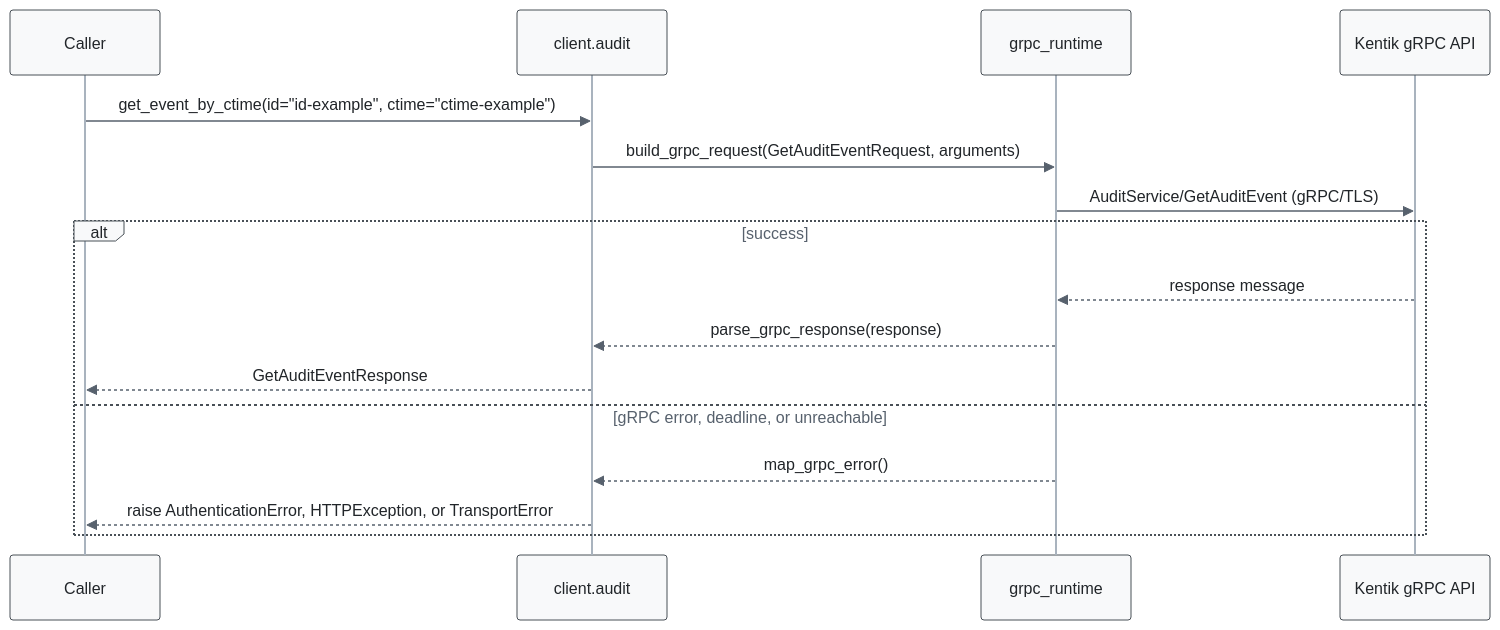
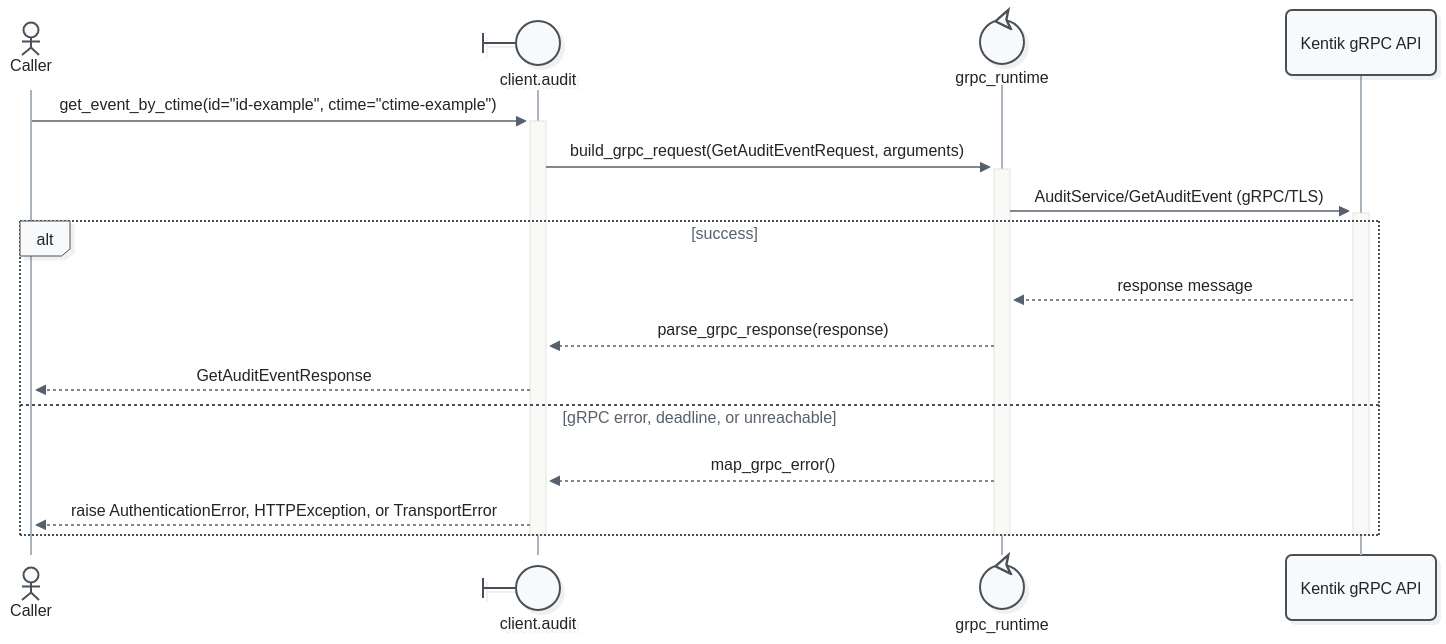
The sixth of 7 diagrams in docs/sphinx/services/audit.md (alexdearaujo/community_sdk_python), drawn with Mermaid before and after one commit. The commit also changed other lines of this file and 52 other files, not shown here.

First line of the commit message:
docs: Mermaid 12 sequence diagrams with participant types and path colors

````diff
--- a/docs/sphinx/services/audit.md
+++ b/docs/sphinx/services/audit.md
@@ -213,20 +225,23 @@
 ```mermaid
-%%{init: {"theme": "base", "fontFamily": "ui-monospace, SFMono-Regular, Menlo, monospace", "themeVariables": {"fontFamily": "ui-monospace, SFMono-Regular, Menlo, monospace", "primaryColor": "#f8f9fa", "primaryBorderColor": "#495057", "primaryTextColor": "#212529", "textColor": "#212529", "lineColor": "#77818c", "edgeLabelBackground": "#ffffff", "actorBkg": "#f8f9fa", "actorBorder": "#495057", "actorTextColor": "#212529", "actorLineColor": "#a9b3be", "signalColor": "#57616d", "signalTextColor": "#212529", "labelBoxBkgColor": "#f8f9fa", "labelBoxBorderColor": "#495057", "labelTextColor": "#212529", "loopTextColor": "#57616d", "noteBkgColor": "#fff9db", "noteBorderColor": "#f08c00", "noteTextColor": "#a35a00"}, "flowchart": {"curve": "step", "nodeSpacing": 30, "rankSpacing": 70, "wrappingWidth": 400}}}%%
+%%{init: {"theme": "redux", "look": "neo", "layout": "dagre", "fontFamily": "ui-monospace, SFMono-Regular, Menlo, monospace", "themeVariables": {"fontFamily": "ui-monospace, SFMono-Regular, Menlo, monospace", "primaryColor": "#f8f9fa", "primaryBorderColor": "#495057", "primaryTextColor": "#212529", "textColor": "#212529", "lineColor": "#77818c", "edgeLabelBackground": "#ffffff", "actorBkg": "#f8f9fa", "actorBorder": "#495057", "actorTextColor": "#212529", "actorLineColor": "#a9b3be", "signalColor": "#57616d", "signalTextColor": "#212529", "labelBoxBkgColor": "#f8f9fa", "labelBoxBorderColor": "#495057", "labelTextColor": "#212529", "loopTextColor": "#57616d", "noteBkgColor": "#fff9db", "noteBorderColor": "#f08c00", "noteTextColor": "#a35a00"}, "sequence": {"activationWidth": 16}, "flowchart": {"curve": "step", "nodeSpacing": 30, "rankSpacing": 70, "wrappingWidth": 400}}}%%
 sequenceDiagram
-    participant C as Caller
-    participant W as client.audit
-    participant R as grpc_runtime
+    actor C as Caller
+    participant W@{ "type": "boundary" } as client.audit
+    participant R@{ "type": "control" } as grpc_runtime
     participant API as Kentik gRPC API
 
-    C->>W: get_event_by_ctime(id="id-example", ctime="ctime-example")
-    W->>R: build_grpc_request(GetAuditEventRequest, arguments)
-    R->>API: AuditService/GetAuditEvent (gRPC/TLS)
+    C->>+W: get_event_by_ctime(id="id-example", ctime="ctime-example")
+    W->>+R: build_grpc_request(GetAuditEventRequest, arguments)
+    R->>+API: AuditService/GetAuditEvent (gRPC/TLS)
     alt success
         API-->>R: response message
         R-->>W: parse_grpc_response(response)
         W-->>C: GetAuditEventResponse
     else gRPC error, deadline, or unreachable
         R-->>W: map_grpc_error()
         W-->>C: raise AuthenticationError, HTTPException, or TransportError
     end
+    deactivate API
+    deactivate R
+    deactivate W
 ```
````
